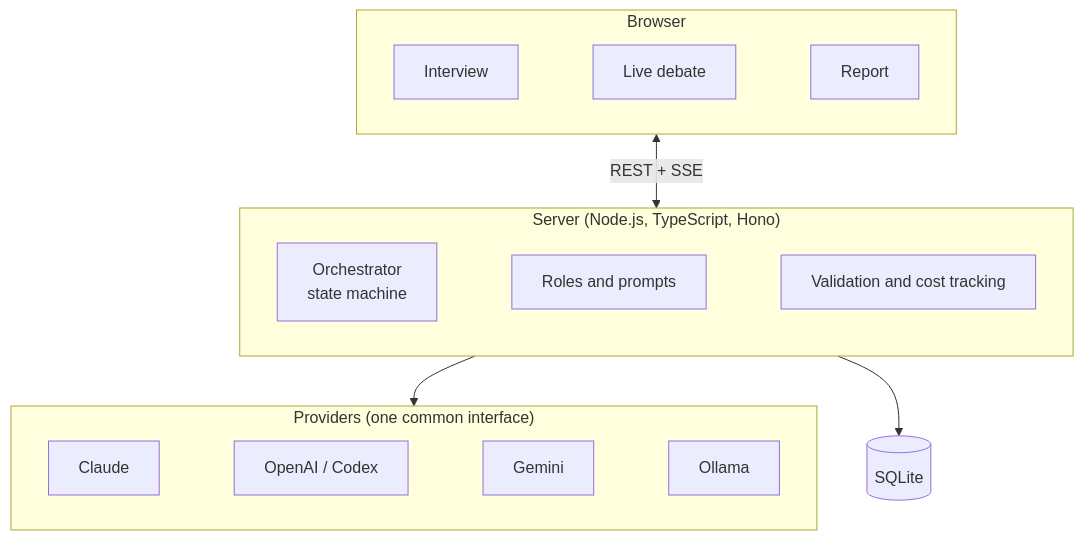
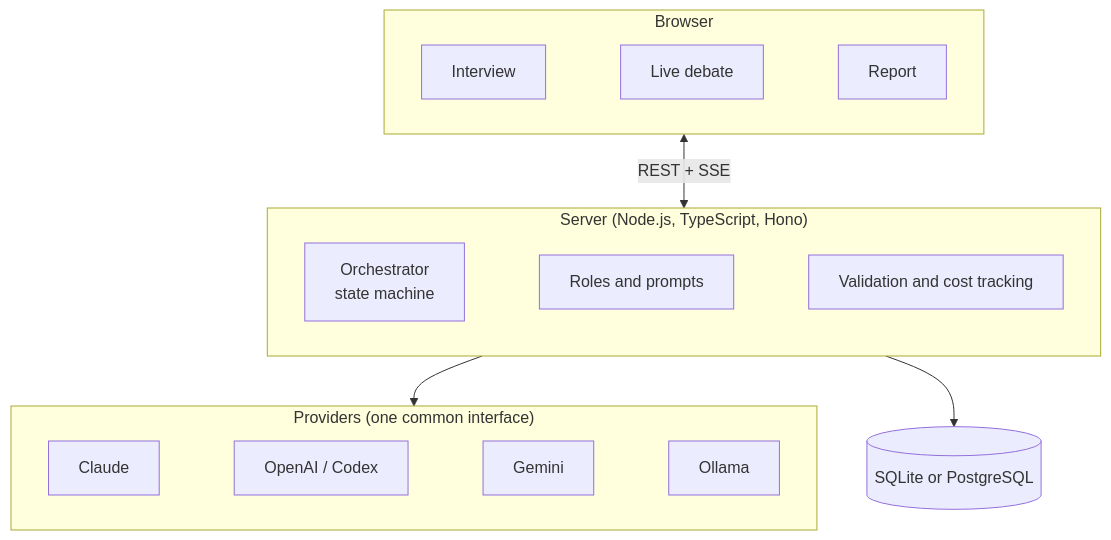
Before and after one commit to quorumind/quorumind: the second of 2 diagrams in README.md, drawn with Mermaid. The commit also changed other lines of this file and 1 other file, not shown here.

Commit message:
Document DATABASE_URL for keeping the sessions in PostgreSQL

````diff
--- a/README.md
+++ b/README.md
@@ -133,15 +134,15 @@
 ```mermaid
 flowchart TB
     subgraph Browser
         Q[Interview] ~~~ L[Live debate] ~~~ R[Report]
     end
     subgraph Server["Server (Node.js, TypeScript, Hono)"]
         O[Orchestrator<br/>state machine] ~~~ P[Roles and prompts] ~~~ V[Validation and cost tracking]
     end
     subgraph Providers["Providers (one common interface)"]
         C1[Claude] ~~~ C2[OpenAI / Codex] ~~~ C3[Gemini] ~~~ C4[Ollama]
     end
     Browser <-->|REST + SSE| Server
     Server --> Providers
-    Server --> DB[(SQLite)]
+    Server --> DB[(SQLite or PostgreSQL)]
 ```
````
